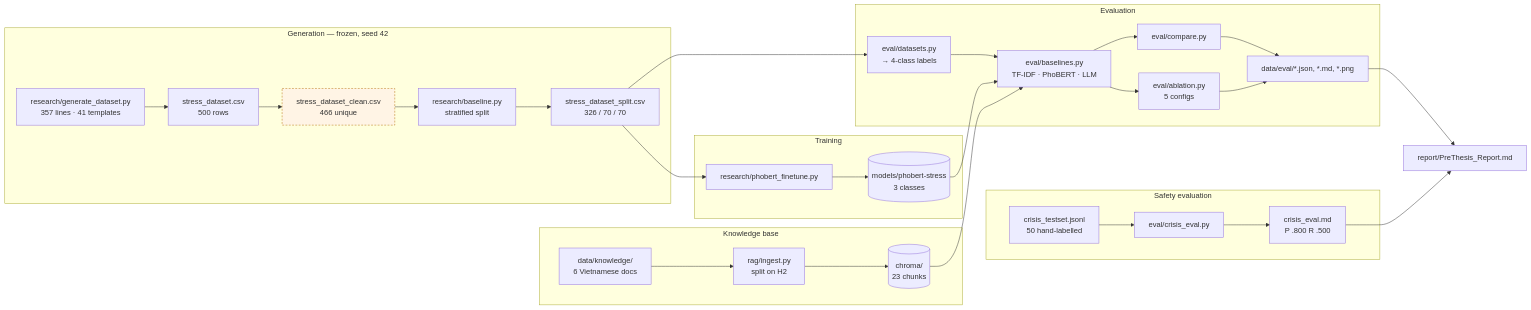
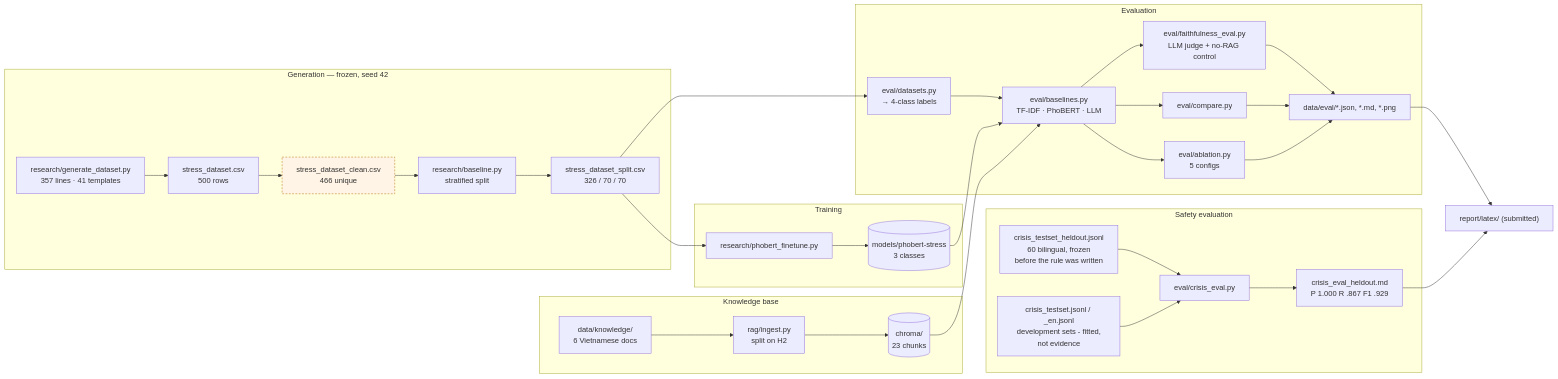
The fifth of 6 diagrams in docs/STRUCTURE.md (nmihtuna204/academic-stress-detection), drawn with Mermaid before and after one commit. The commit also changed other lines of this file and 65 other files, not shown here.

````diff
--- a/docs/STRUCTURE.md
+++ b/docs/STRUCTURE.md
@@ -230,44 +230,47 @@
 ```mermaid
 graph LR
     subgraph GEN["Generation — frozen, seed 42"]
         G1["research/generate_dataset.py<br/>357 lines · 41 templates"]
         G1 --> C1["stress_dataset.csv<br/>500 rows"]
         C1 --> C2["stress_dataset_clean.csv<br/>466 unique"]
         C2 --> G2["research/baseline.py<br/>stratified split"]
         G2 --> C3["stress_dataset_split.csv<br/>326 / 70 / 70"]
     end
 
     subgraph TRAIN["Training"]
         C3 --> T1["research/phobert_finetune.py"]
         T1 --> M1[("models/phobert-stress<br/>3 classes")]
     end
 
     subgraph KB["Knowledge base"]
         K1["data/knowledge/<br/>6 Vietnamese docs"]
         K1 --> K2["rag/ingest.py<br/>split on H2"]
         K2 --> K3[("chroma/<br/>23 chunks")]
     end
 
     subgraph EVAL["Evaluation"]
         C3 --> E1["eval/datasets.py<br/>→ 4-class labels"]
         E1 --> E2["eval/baselines.py<br/>TF-IDF · PhoBERT · LLM"]
         M1 --> E2
         K3 --> E2
         E2 --> E3["eval/compare.py"]
         E2 --> E4["eval/ablation.py<br/>5 configs"]
+        E2 --> E5["eval/faithfulness_eval.py<br/>LLM judge + no-RAG control"]
+        E5 --> R1
         E3 --> R1["data/eval/*.json, *.md, *.png"]
         E4 --> R1
     end
 
     subgraph SAFETY["Safety evaluation"]
-        S1["crisis_testset.jsonl<br/>50 hand-labelled"]
+        S1["crisis_testset_heldout.jsonl<br/>60 bilingual, frozen<br/>before the rule was written"]
         S1 --> S2["eval/crisis_eval.py"]
-        S2 --> R2["crisis_eval.md<br/>P .800 R .500"]
+        S2 --> R2["crisis_eval_heldout.md<br/>P 1.000 R .867 F1 .929"]
+        S3["crisis_testset.jsonl / _en.jsonl<br/>development sets - fitted,<br/>not evidence"] --> S2
     end
 
-    R1 --> RPT["report/PreThesis_Report.md"]
+    R1 --> RPT["report/latex/ (submitted)"]
     R2 --> RPT
 
     classDef stale fill:#fff4e5,stroke:#b26b00,stroke-dasharray:4 3
     class C2 stale
 ```
````
